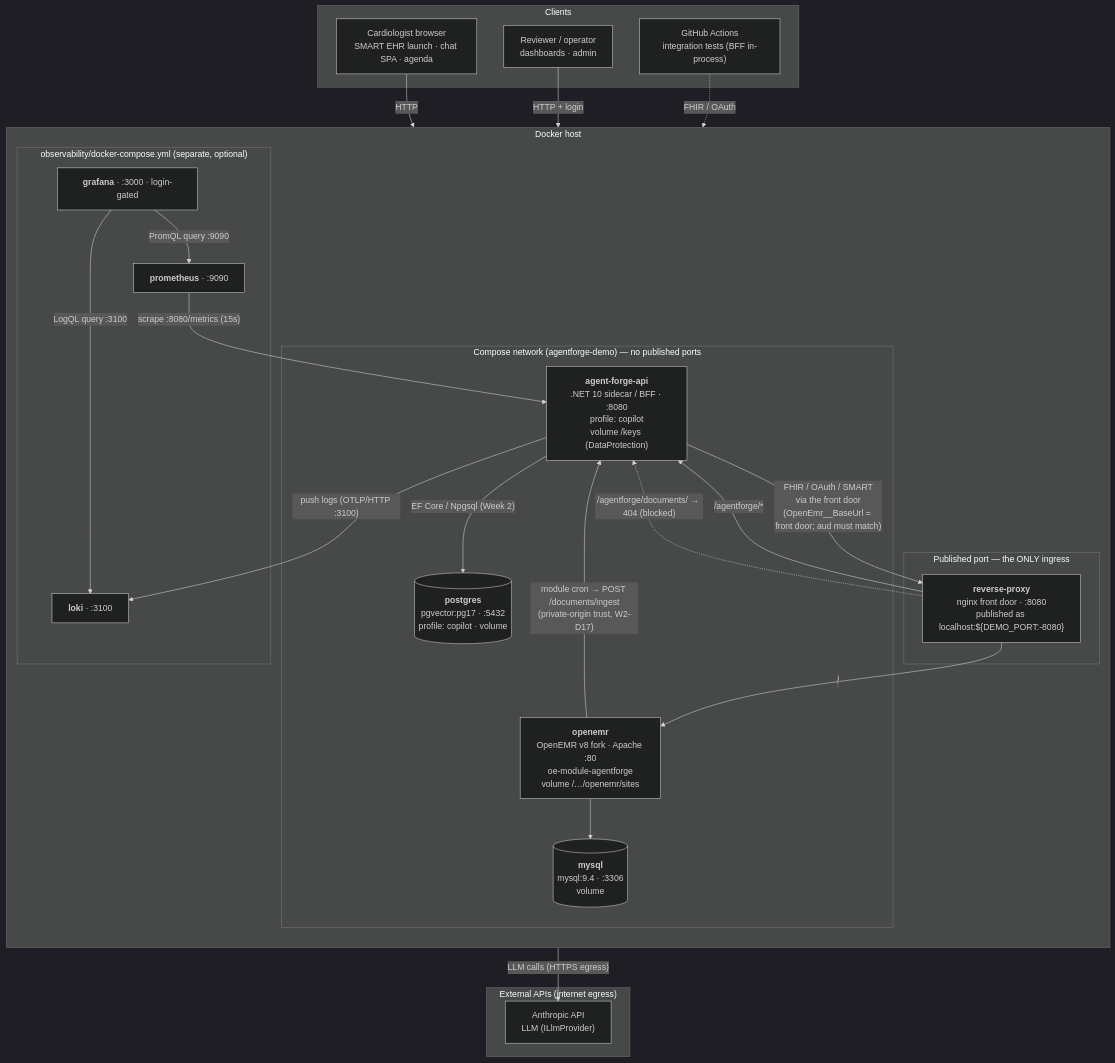
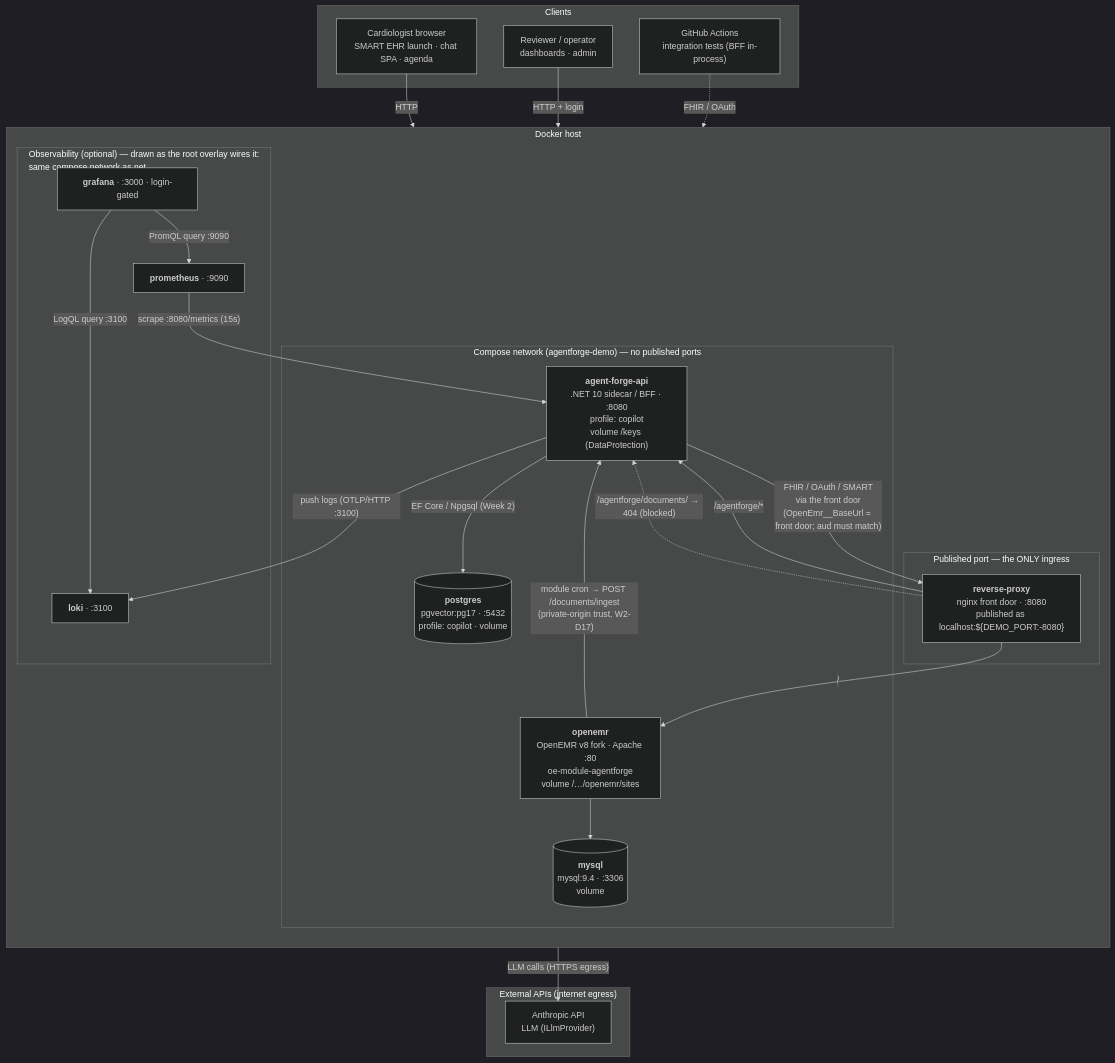
The diagram in documentation/DEPLOYMENT_TOPOLOGY.md (adammarquette/agent-forge-copilot), drawn with Mermaid (dark theme) before and after one commit. The commit also changed other lines of this file and 7 other files, not shown here.

````diff
--- a/documentation/DEPLOYMENT_TOPOLOGY.md
+++ b/documentation/DEPLOYMENT_TOPOLOGY.md
@@ -22,58 +23,58 @@
 ```mermaid
 flowchart TB
     subgraph users["Clients"]
         clin["Cardiologist browser<br/>SMART EHR launch · chat SPA · agenda"]
         ops["Reviewer / operator<br/>dashboards · admin"]
         ci["GitHub Actions<br/>integration tests (BFF in-process)"]
     end
 
     subgraph host["Docker host"]
         direction TB
 
         subgraph pub["Published port — the ONLY ingress"]
             proxy["<b>reverse-proxy</b><br/>nginx front door · :8080<br/>published as localhost:${DEMO_PORT:-8080}"]
         end
 
         subgraph net["Compose network (agentforge-demo) — no published ports"]
             sidecar["<b>agent-forge-api</b><br/>.NET 10 sidecar / BFF · :8080<br/>profile: copilot<br/>volume /keys (DataProtection)"]
             oemr["<b>openemr</b><br/>OpenEMR v8 fork · Apache :80<br/>oe-module-agentforge<br/>volume /…/openemr/sites"]
             pg[("<b>postgres</b><br/>pgvector:pg17 · :5432<br/>profile: copilot · volume")]
             mysql[("<b>mysql</b><br/>mysql:9.4 · :3306<br/>volume")]
         end
 
-        subgraph obs["observability/docker-compose.yml (separate, optional)"]
+        subgraph obs["Observability (optional) — drawn as the root overlay wires it:<br/>same compose network as net"]
             prom["<b>prometheus</b> · :9090"]
             loki["<b>loki</b> · :3100"]
             grafana["<b>grafana</b> · :3000 · login-gated"]
         end
     end
 
     subgraph ext["External APIs (internet egress)"]
         anthropic["Anthropic API<br/>LLM (ILlmProvider)"]
     end
 
     %% ingress
     clin -->|HTTP| proxy
     ops -->|HTTP + login| grafana
     ci -.->|FHIR / OAuth| proxy
 
     %% proxy routing
     proxy -->|"/"| oemr
     proxy -->|"/agentforge/*"| sidecar
     proxy -. "/agentforge/documents/ → 404 (blocked)" .-> sidecar
 
     %% sidecar dependencies
     sidecar -->|"FHIR / OAuth / SMART<br/>via the front door<br/>(OpenEmr__BaseUrl = front door; aud must match)"| proxy
     sidecar -->|"EF Core / Npgsql (Week 2)"| pg
     sidecar -->|"LLM calls (HTTPS egress)"| anthropic
 
     %% openemr dependencies + ingestion
     oemr --> mysql
     oemr -->|"module cron → POST /documents/ingest<br/>(private-origin trust, W2-D17)"| sidecar
 
     %% observability
     prom -->|"scrape :8080/metrics (15s)"| sidecar
     sidecar -->|"push logs (OTLP/HTTP :3100)"| loki
     grafana -->|"PromQL query :9090"| prom
     grafana -->|"LogQL query :3100"| loki
 ```
````
